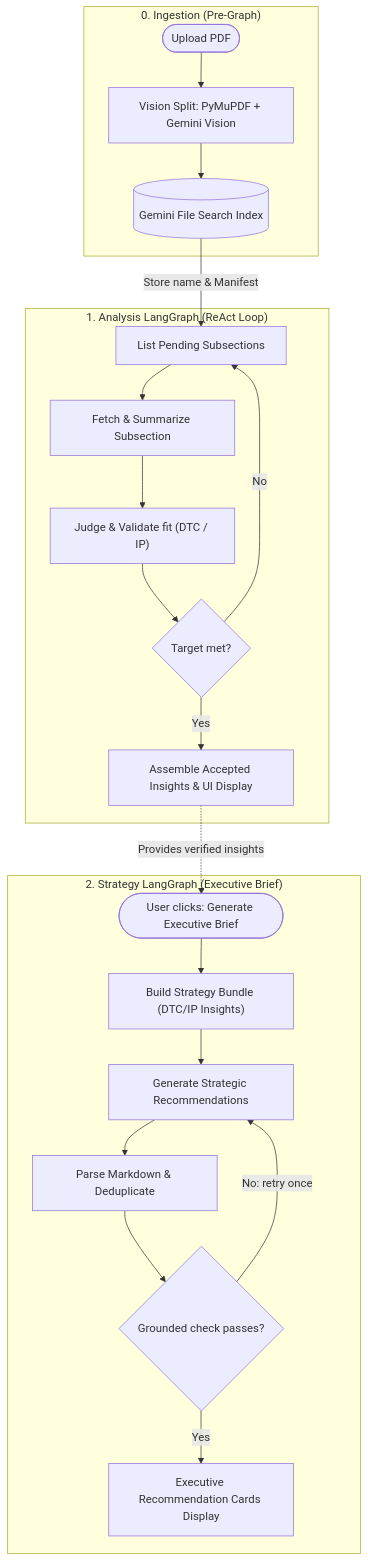
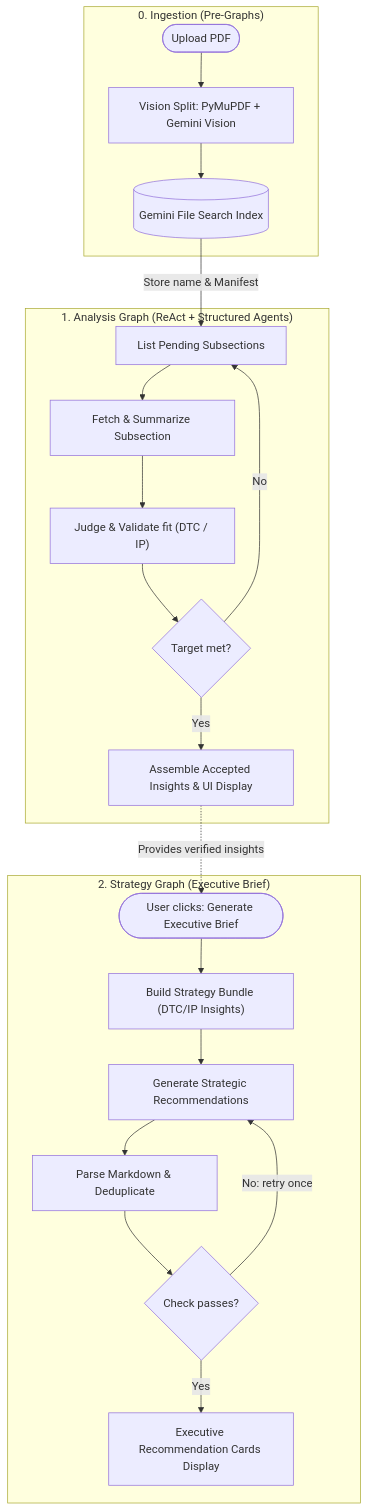
The diagram in README.md (a-partha/music_analytics_app), drawn with Mermaid before and after one commit. The commit also changed other lines of this file, not shown here.

````diff
--- a/README.md
+++ b/README.md
@@ -23,28 +23,28 @@
 ```mermaid
 flowchart TB
-    subgraph IngestionPipeline ["0. Ingestion (Pre-Graph)"]
+    subgraph IngestionPipeline ["0. Ingestion (Pre-Graphs)"]
         A(["Upload PDF"]) --> B["Vision Split: PyMuPDF + Gemini Vision"]
         B --> C[("Gemini File Search Index")]
     end
 
-    subgraph AnalysisGraph ["1. Analysis LangGraph (ReAct Loop)"]
+    subgraph AnalysisGraph ["1. Analysis Graph (ReAct + Structured Agents)"]
         D["List Pending Subsections"]
         D --> E["Fetch & Summarize Subsection"]
         E --> F["Judge & Validate fit (DTC / IP)"]
         F --> G{"Target met?"}
         G -->|No| D
         G -->|Yes| H["Assemble Accepted Insights & UI Display"]
     end
 
-    subgraph StrategyGraph ["2. Strategy LangGraph (Executive Brief)"]
+    subgraph StrategyGraph ["2. Strategy Graph (Executive Brief)"]
         I(["User clicks: Generate Executive Brief"]) --> J["Build Strategy Bundle (DTC/IP Insights)"]
         J --> K["Generate Strategic Recommendations"]
         K --> L["Parse Markdown & Deduplicate"]
-        L --> M{"Grounded check passes?"}
+        L --> M{"Check passes?"}
         M -->|No: retry once| K
         M -->|Yes| N["Executive Recommendation Cards Display"]
     end
 
     C -->|"Store name & Manifest"| D
     H -.->|"Provides verified insights"| I
 ```
````
